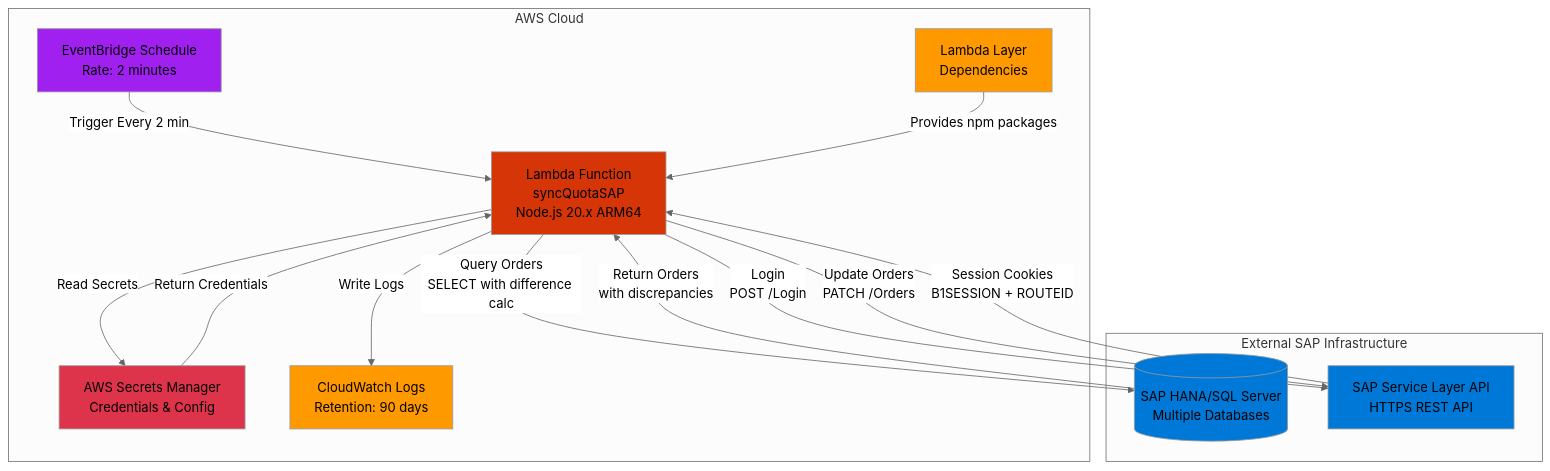
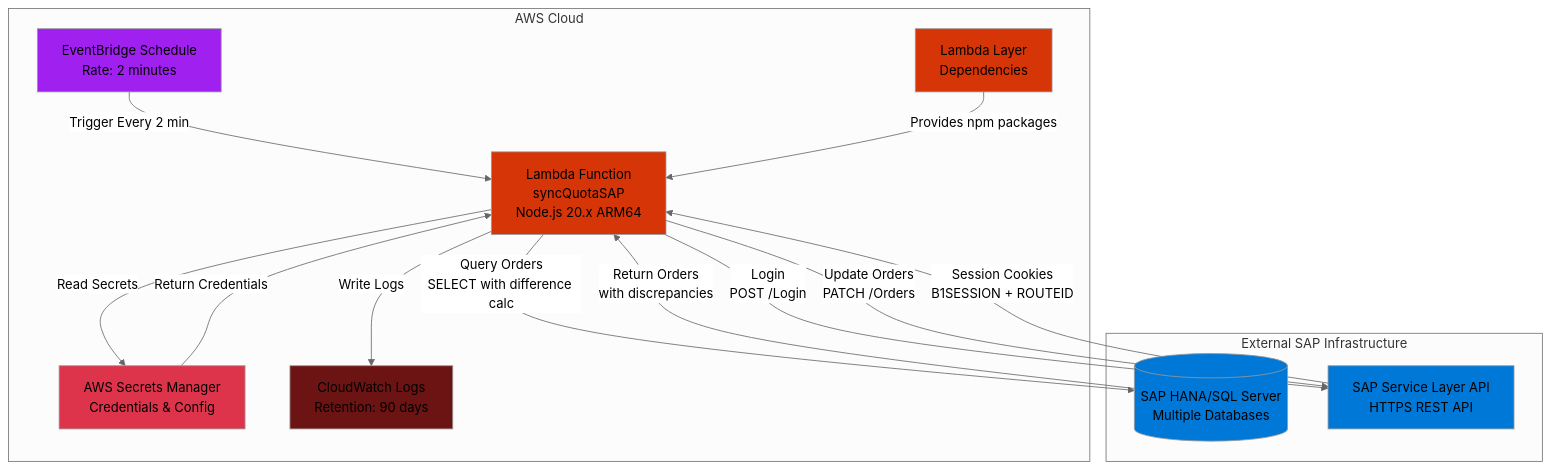
Before and after one commit to Sistemas-Logisticos-y-Corporativos/generic-lambdas: the first of 2 diagrams in README.md, drawn with Mermaid (neutral theme).

Commit message:
Update graph node colors in README
Changed the fill colors for CW and Layer nodes in the graph diagram to improve visual distinction and consistency.

````diff
--- a/README.md
+++ b/README.md
@@ -14,34 +14,34 @@
 ```mermaid
 graph TB
     subgraph "AWS Cloud"
         EB[EventBridge Schedule<br/>Rate: 2 minutes]
         Lambda[Lambda Function<br/>syncQuotaSAP<br/>Node.js 20.x ARM64]
         SM[AWS Secrets Manager<br/>Credentials & Config]
         CW[CloudWatch Logs<br/>Retention: 90 days]
         Layer[Lambda Layer<br/>Dependencies]
     end
     
     subgraph "External SAP Infrastructure"
         SAPDB[(SAP HANA/SQL Server<br/>Multiple Databases)]
         SAPSL[SAP Service Layer API<br/>HTTPS REST API]
     end
     
     EB -->|Trigger Every 2 min| Lambda
     Lambda -->|Read Secrets| SM
     SM -->|Return Credentials| Lambda
     Lambda -->|Write Logs| CW
     Layer -->|Provides npm packages| Lambda
     Lambda -->|Query Orders<br/>SELECT with difference calc| SAPDB
     SAPDB -->|Return Orders<br/>with discrepancies| Lambda
     Lambda -->|Login<br/>POST /Login| SAPSL
     SAPSL -->|Session Cookies<br/>B1SESSION + ROUTEID| Lambda
     Lambda -->|Update Orders<br/>PATCH /Orders| SAPSL
     
     style EB fill:#A020F0
     style Lambda fill:#D53507
     style SM fill:#DD344C
-    style CW fill:#FF9900
-    style Layer fill:#FF9900
+    style CW fill:#6C1413
+    style Layer fill:#D53507
     style SAPDB fill:#0078D7
     style SAPSL fill:#0078D7
 ```
````
